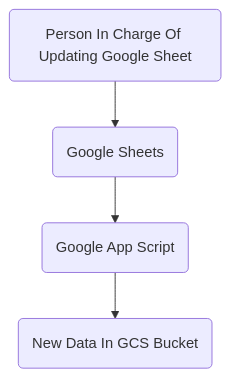
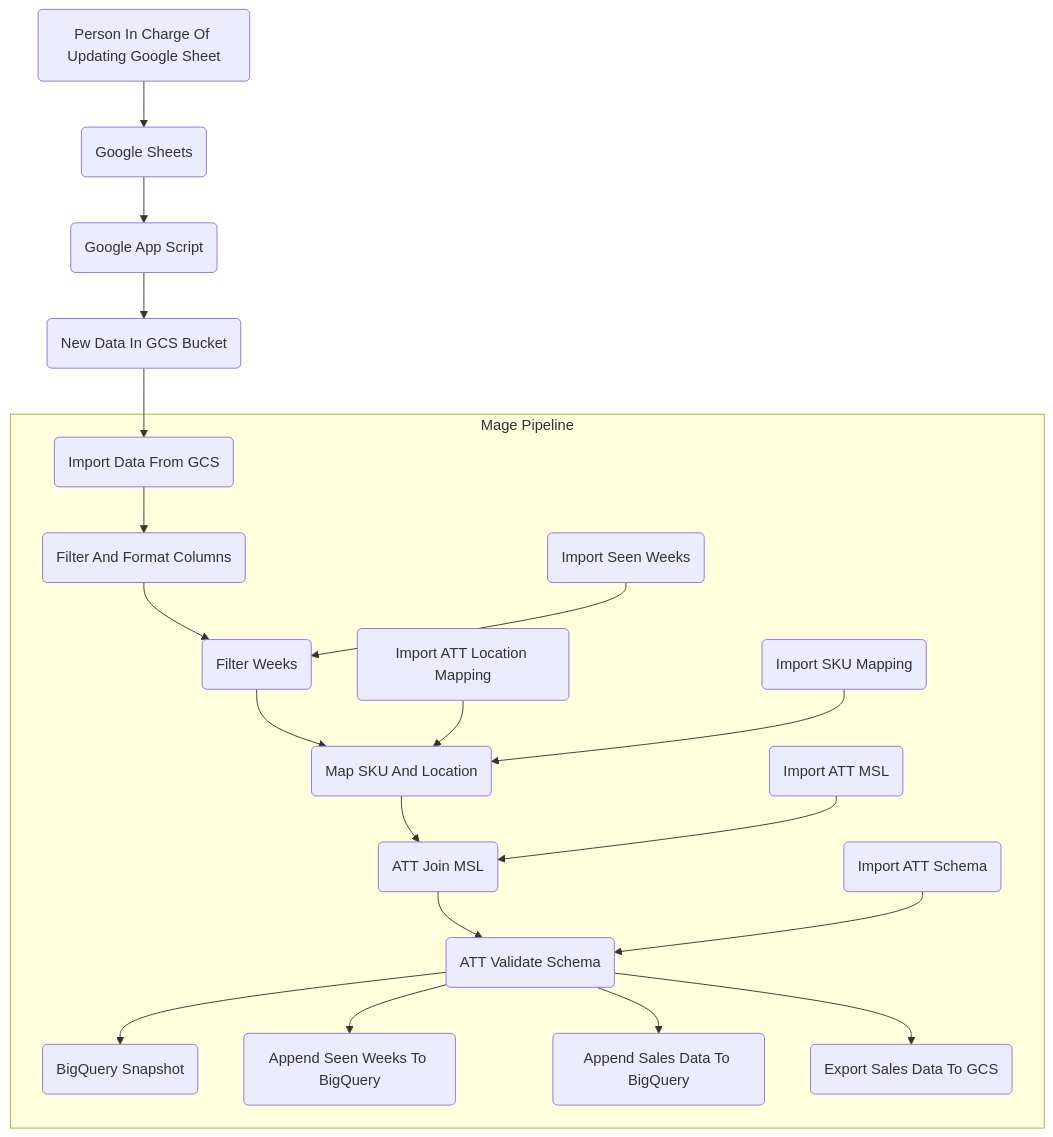
One commit to CarrierOps/1P-Wiki changed the diagram in documentation/pipelines/att.md. Above: the diagram before and after it, drawn with Mermaid. The commit also changed other lines of this file, not shown here.

Commit message:
Added Markdown for att pipeline

````diff
--- a/documentation/pipelines/att.md
+++ b/documentation/pipelines/att.md
@@ -7,14 +6,55 @@
 ```mermaid
 flowchart TD
 id0(Person In Charge Of Updating Google Sheet)
 id00(Google Sheets)
 id000(Google App Script)
 id0000(New Data In GCS Bucket)
 id0-->id00
 id00 --> id000
 id000 --> id0000
+id0000-->id1
+
+subgraph Mage Pipeline
+
+id1(Import Data From GCS)
+id2(Import Seen Weeks)
+id3(Import ATT Location Mapping)
+id4(Import SKU Mapping)
+id5(Import ATT MSL)
+id6(Import ATT Schema)
 
 
+id7(Filter And Format Columns)
+id1-->id7
+
+id8(Filter Weeks)
+id7--> id8
+id2--> id8
+id9(Map SKU And Location)
+id8-->id9
+id3-->id9
+id4-->id9
+id10(ATT Join MSL)
+
+id9--> id10
+id5--> id10
+
+id11(ATT Validate Schema)
+id10-->id11
+id6-->id11
+
+id12(BigQuery Snapshot)
+id13(Append Seen Weeks To BigQuery)
+id14(Append Sales Data To BigQuery)
+id15(Export Sales Data To GCS)
 
 
+id11-->id12
+id11-->id13
+id11-->id14
+id11-->id15
+
+
+end
+
 ```
````
